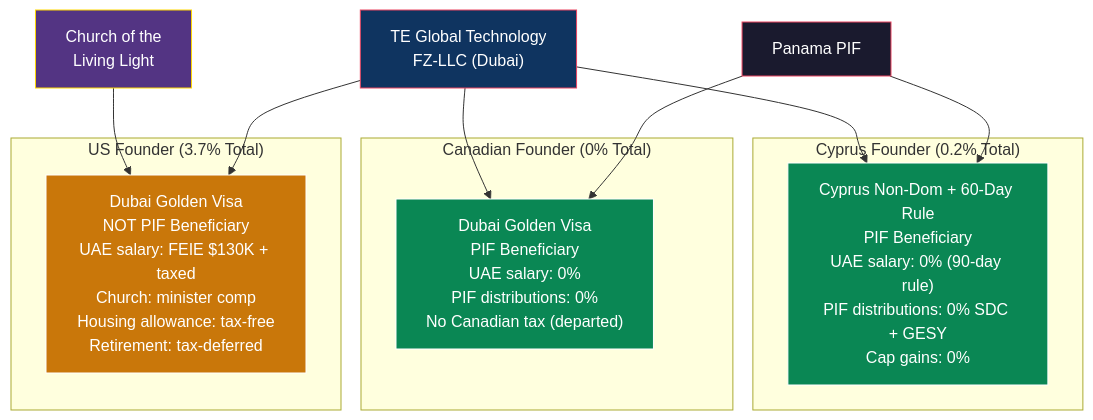
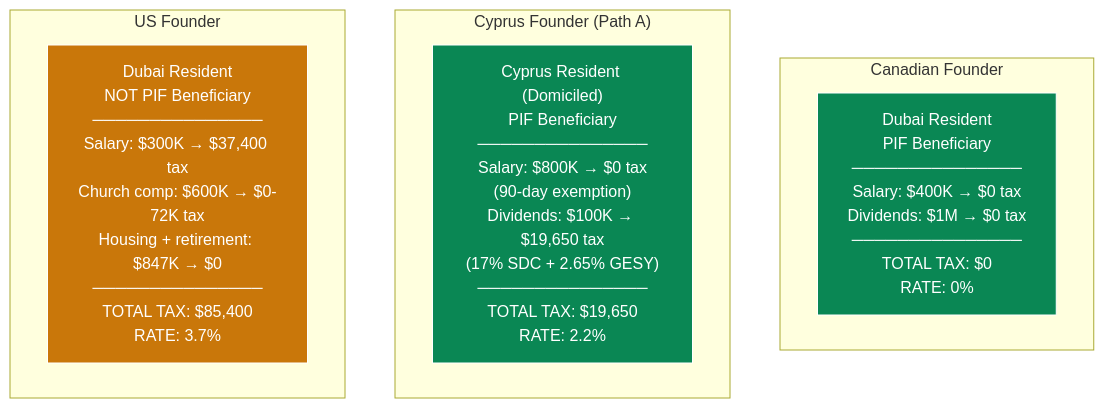
Before and after one commit to Light-Brands/epic-center: the fourth of 5 diagrams in docs/strategy/CYPRUS_FOUNDER_INTEGRATION.md, drawn with Mermaid. The commit also changed other lines of this file and 2 other files, not shown here.

First line of the commit message:
Rewrite Cyprus strategy for domiciled resident, preserve non-dom reference

````diff
--- a/docs/strategy/CYPRUS_FOUNDER_INTEGRATION.md
+++ b/docs/strategy/CYPRUS_FOUNDER_INTEGRATION.md
@@ -255,28 +294,18 @@
 ```mermaid
 graph TB
-    subgraph "Canadian Founder (0% Total)"
-        CA_PATH["Dubai Golden Visa<br/>PIF Beneficiary<br/>UAE salary: 0%<br/>PIF distributions: 0%<br/>No Canadian tax (departed)"]
+    subgraph "Canadian Founder"
+        CA["Dubai Resident<br/>PIF Beneficiary<br/>───────────────<br/>Salary: $400K → $0 tax<br/>Dividends: $1M → $0 tax<br/>───────────────<br/>TOTAL TAX: $0<br/>RATE: 0%"]
     end
 
-    subgraph "Cyprus Founder (0.2% Total)"
-        CY_PATH["Cyprus Non-Dom + 60-Day Rule<br/>PIF Beneficiary<br/>UAE salary: 0% (90-day rule)<br/>PIF distributions: 0% SDC + GESY<br/>Cap gains: 0%"]
+    subgraph "Cyprus Founder (Path A)"
+        CY["Cyprus Resident (Domiciled)<br/>PIF Beneficiary<br/>───────────────<br/>Salary: $800K → $0 tax<br/>(90-day exemption)<br/>Dividends: $100K → $19,650 tax<br/>(17% SDC + 2.65% GESY)<br/>───────────────<br/>TOTAL TAX: $19,650<br/>RATE: 2.2%"]
     end
 
-    subgraph "US Founder (3.7% Total)"
-        US_PATH["Dubai Golden Visa<br/>NOT PIF Beneficiary<br/>UAE salary: FEIE $130K + taxed<br/>Church: minister comp<br/>Housing allowance: tax-free<br/>Retirement: tax-deferred"]
+    subgraph "US Founder"
+        US["Dubai Resident<br/>NOT PIF Beneficiary<br/>───────────────<br/>Salary: $300K → $37,400 tax<br/>Church comp: $600K → $0-72K tax<br/>Housing + retirement: $847K → $0<br/>───────────────<br/>TOTAL TAX: $85,400<br/>RATE: 3.7%"]
     end
 
-    PIF["Panama PIF"] --> CA_PATH
-    PIF --> CY_PATH
-    UAE["TE Global Technology<br/>FZ-LLC (Dubai)"] --> CA_PATH
-    UAE --> CY_PATH
-    UAE --> US_PATH
-    CHURCH["Church of the<br/>Living Light"] --> US_PATH
-
-    style CA_PATH fill:#0a8754,stroke:#fff,color:#fff
-    style CY_PATH fill:#0a8754,stroke:#fff,color:#fff
-    style US_PATH fill:#c9770a,stroke:#fff,color:#fff
-    style PIF fill:#1a1a2e,stroke:#e94560,color:#fff
-    style UAE fill:#0f3460,stroke:#e94560,color:#fff
-    style CHURCH fill:#533483,stroke:#ffd700,color:#fff
+    style CA fill:#0a8754,stroke:#fff,color:#fff
+    style CY fill:#0a8754,stroke:#fff,color:#fff
+    style US fill:#c9770a,stroke:#fff,color:#fff
 ```
````
